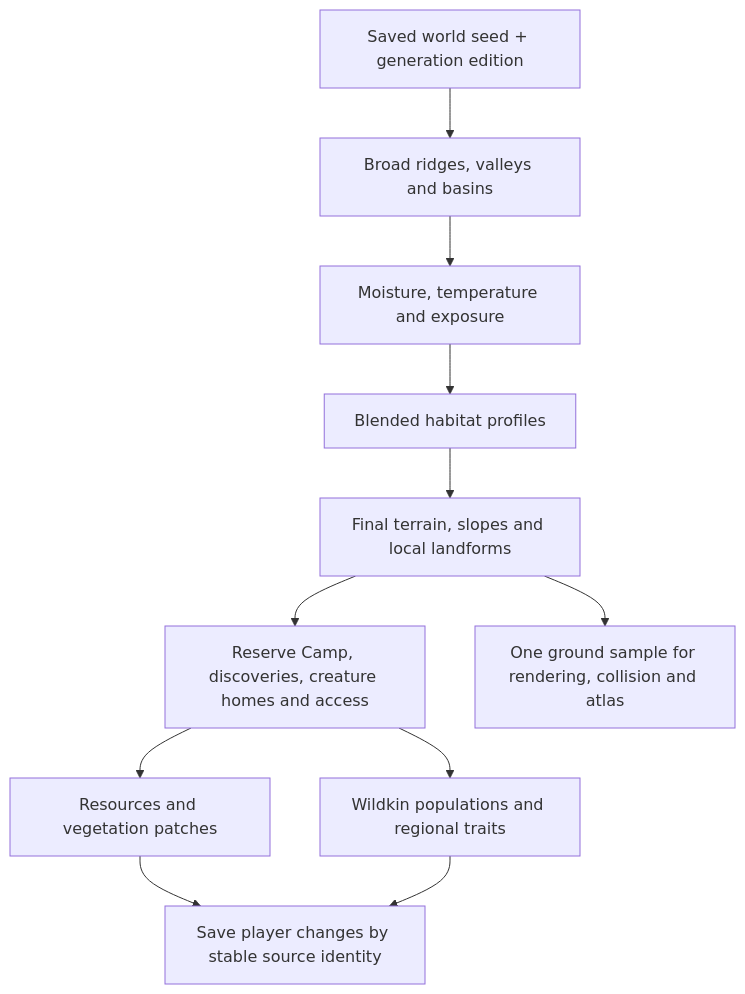
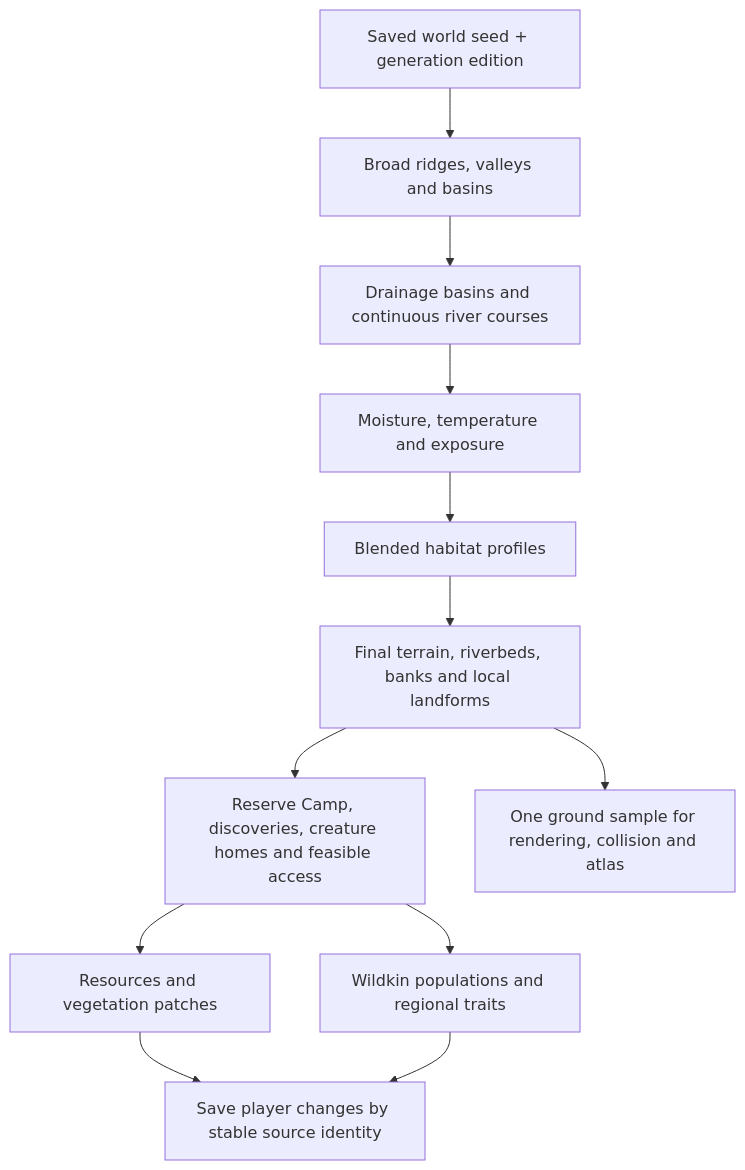
Before and after one commit to MechanizedIT/wildkin-frontier: the diagram in docs/WORLD_GENERATION_PLAN.md, drawn with Mermaid. The commit also changed other lines of this file and 33 other files, not shown here.

````diff
--- a/docs/WORLD_GENERATION_PLAN.md
+++ b/docs/WORLD_GENERATION_PLAN.md
@@ -7,13 +7,14 @@
 ```mermaid
 flowchart TD
   S[Saved world seed + generation edition] --> G[Broad ridges, valleys and basins]
-  G --> C[Moisture, temperature and exposure]
+  G --> H[Drainage basins and continuous river courses]
+  H --> C[Moisture, temperature and exposure]
   C --> B[Blended habitat profiles]
-  B --> T[Final terrain, slopes and local landforms]
-  T --> R[Reserve Camp, discoveries, creature homes and access]
+  B --> T[Final terrain, riverbeds, banks and local landforms]
+  T --> R[Reserve Camp, discoveries, creature homes and feasible access]
   R --> E[Resources and vegetation patches]
   R --> W[Wildkin populations and regional traits]
   T --> M[One ground sample for rendering, collision and atlas]
   E --> D[Save player changes by stable source identity]
   W --> D
 ```
````
